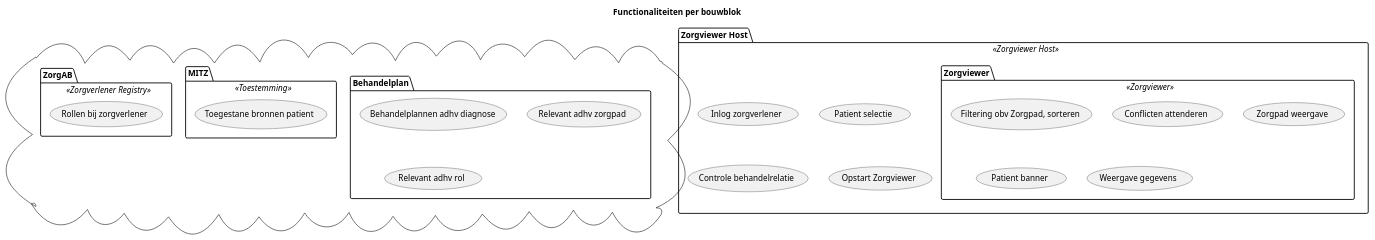
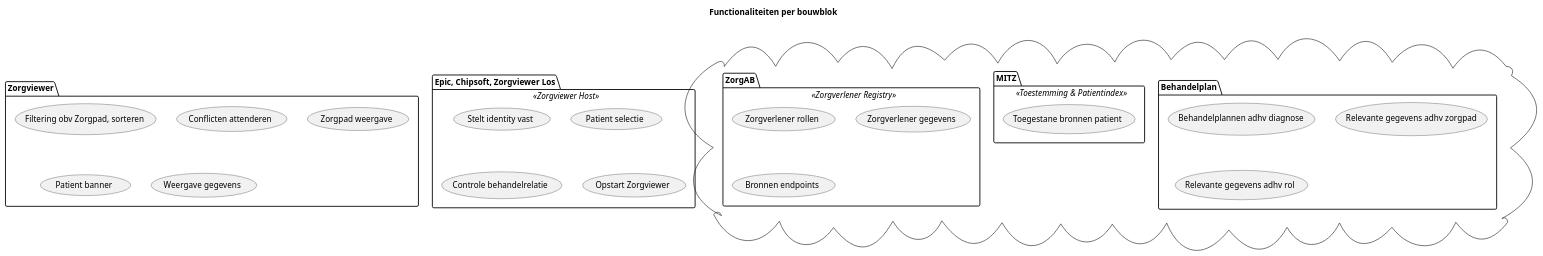
One commit to RIVO-Noord/zorgviewer-ig changed the diagram in input/images-source/Functionaliteiten.plantuml. Above: the diagram before and after it, drawn with PlantUML. The commit also changed 3 other files, not shown here.

```diff
--- a/input/images-source/Functionaliteiten.plantuml
+++ b/input/images-source/Functionaliteiten.plantuml
@@ -1,33 +1,41 @@
 @startuml
 
 title "Functionaliteiten per bouwblok"
 
-cloud {
- package [Behandelplan] {
-  (Behandelplannen adhv diagnose)
-  (Relevant adhv zorgpad)
-  (Relevant adhv rol)
- }
- package [MITZ] <<Toestemming>> {
-  (Toegestane bronnen patient)
- }
- package [ZorgAB] <<Zorgverlener Registry>> {
-  (Rollen bij zorgverlener)
- }
+'left to right direction
+
+
+package "Zorgviewer" {
+ (Filtering obv Zorgpad, sorteren)
+ (Conflicten attenderen)
+ (Zorgpad weergave)
+ (Patient banner)
+ (Weergave gegevens)
 }
 
-package "Zorgviewer Host" <<Zorgviewer Host>> {
- package "Zorgviewer" <<Zorgviewer>> {
-  (Filtering obv Zorgpad, sorteren)
-  (Conflicten attenderen)
-  (Zorgpad weergave)
-  (Patient banner)
-  (Weergave gegevens)
- }
- (Inlog zorgverlener)
+package "Epic, Chipsoft, Zorgviewer Los" <<Zorgviewer Host>> {
+ (Stelt identity vast)
  (Patient selectie)
  (Controle behandelrelatie)
  (Opstart Zorgviewer)
 }
 
+cloud {
+ package [Behandelplan] {
+  (Behandelplannen adhv diagnose)
+  (Relevante gegevens adhv zorgpad)
+  (Relevante gegevens adhv rol)
+ }
+ package [MITZ] <<Toestemming & Patientindex>> {
+  (Toegestane bronnen patient)
+ }
+ package [ZorgAB] <<Zorgverlener Registry>> {
+  (Zorgverlener rollen)
+  (Zorgverlener gegevens)
+  (Bronnen endpoints)
+ }
+}
+
+
+
 @enduml
```
